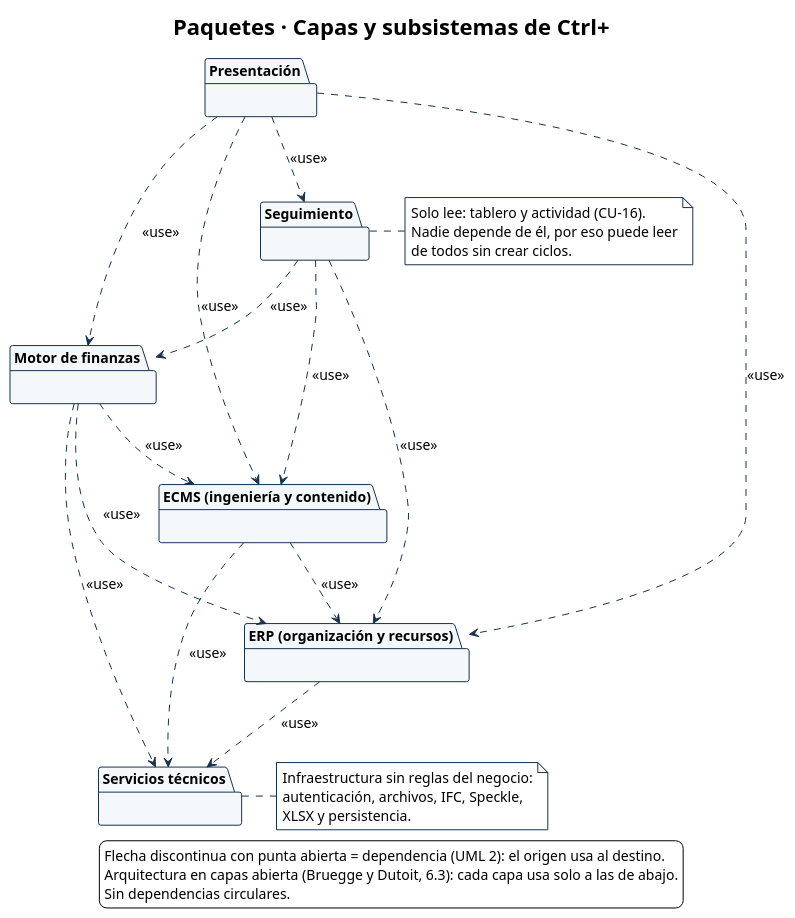
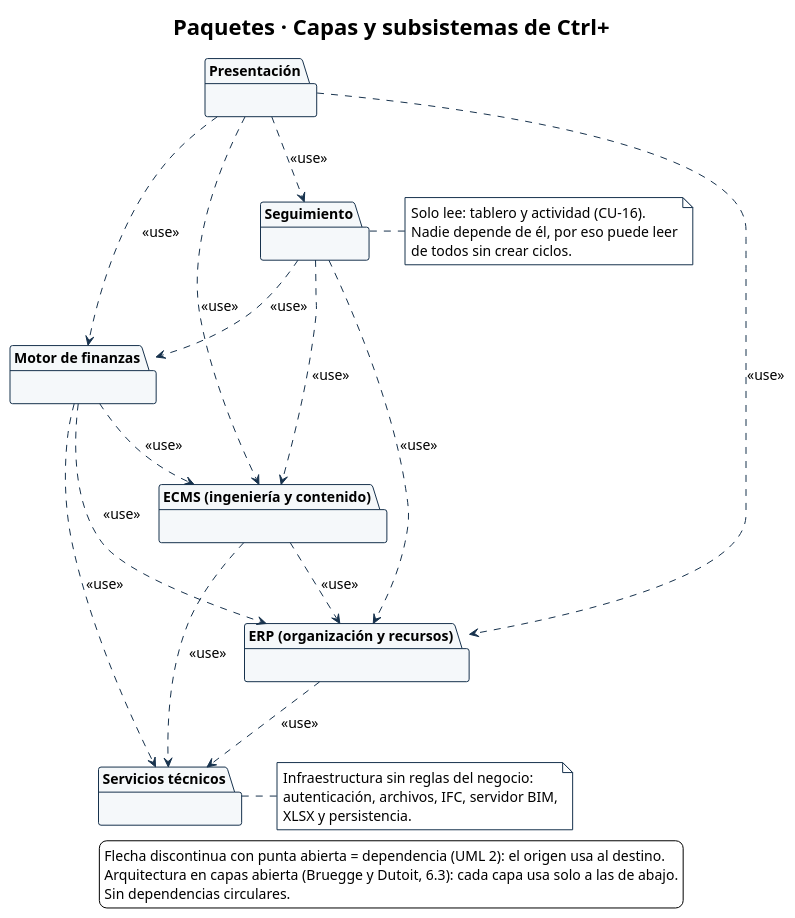
One commit to Ssrrb/tpf-uca changed the diagram in diagramas/CU-00-paquetes-3-capas.puml. Above: the diagram before and after it, drawn with PlantUML. The commit also changed 3 other files, not shown here.

First line of the commit message:
Nombra el actor externo como Servidor BIM, sin nombrar el producto

```diff
--- a/diagramas/CU-00-paquetes-3-capas.puml
+++ b/diagramas/CU-00-paquetes-3-capas.puml
@@ -1,62 +1,62 @@
 @startuml
 !theme plain
 skinparam style strictuml
 title Paquetes · Capas y subsistemas de Ctrl+
 skinparam shadowing false
 skinparam defaultFontName Arial
 skinparam defaultFontSize 14
 skinparam ArrowColor #17324D
 skinparam package {
   BackgroundColor #F5F8FA
   BorderColor #17324D
 }
 skinparam note {
   BackgroundColor #FFFFFF
   BorderColor #17324D
 }
 
 package "Presentación" as PRES {
 }
 package "Seguimiento" as SEG {
 }
 package "Motor de finanzas" as MF {
 }
 package "ECMS (ingeniería y contenido)" as ECMS {
 }
 package "ERP (organización y recursos)" as ERP {
 }
 package "Servicios técnicos" as ST {
 }
 
 PRES ..> SEG : <<use>>
 PRES ..> MF : <<use>>
 PRES ..> ECMS : <<use>>
 PRES ..> ERP : <<use>>
 SEG ..> MF : <<use>>
 SEG ..> ECMS : <<use>>
 SEG ..> ERP : <<use>>
 MF ..> ECMS : <<use>>
 MF ..> ERP : <<use>>
 ECMS ..> ERP : <<use>>
 ECMS ..> ST : <<use>>
 ERP ..> ST : <<use>>
 MF ..> ST : <<use>>
 
 note right of SEG
   Solo lee: tablero y actividad (CU-16).
   Nadie depende de él, por eso puede leer
   de todos sin crear ciclos.
 end note
 
 note right of ST
   Infraestructura sin reglas del negocio:
-  autenticación, archivos, IFC, Speckle,
+  autenticación, archivos, IFC, servidor BIM,
   XLSX y persistencia.
 end note
 
 legend bottom
   Flecha discontinua con punta abierta = dependencia (UML 2): el origen usa al destino.
   Arquitectura en capas abierta (Bruegge y Dutoit, 6.3): cada capa usa solo a las de abajo.
   Sin dependencias circulares.
 endlegend
 @enduml
```
